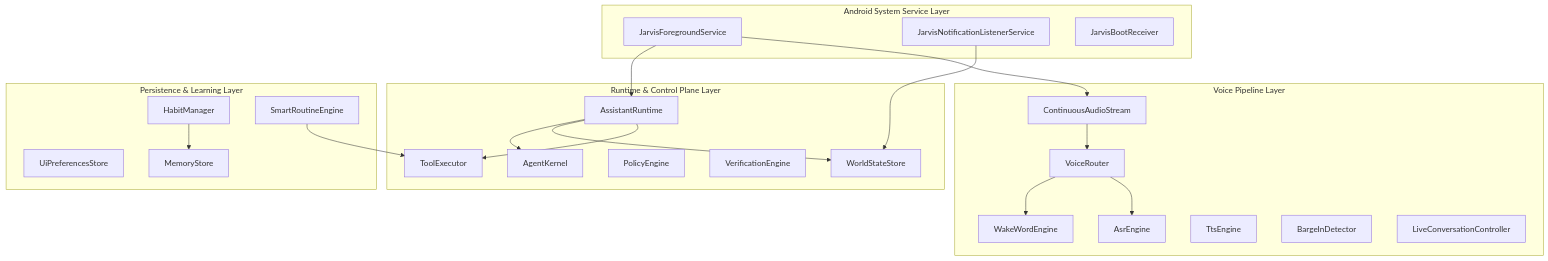
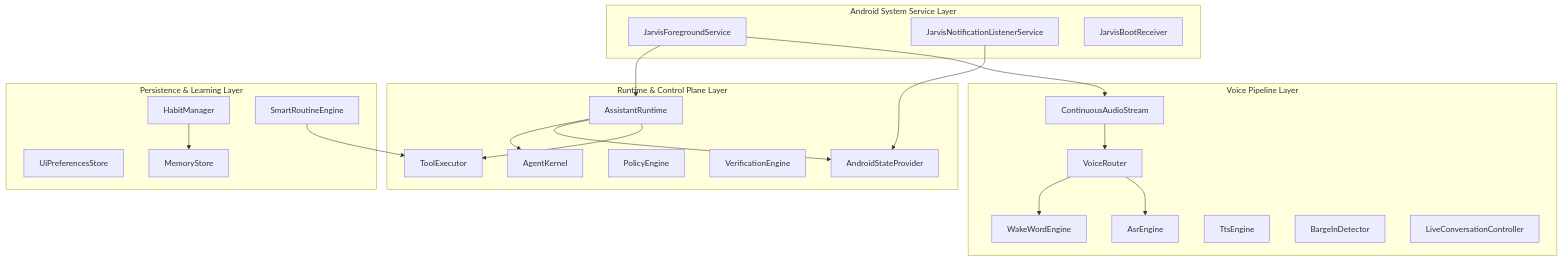
One commit to Minaty001/android-jarvis changed the diagram in docs/ARCHITECTURE.md. Above: the diagram before and after it, drawn with Mermaid. The commit also changed other lines of this file and 3 other files, not shown here.

````diff
--- a/docs/ARCHITECTURE.md
+++ b/docs/ARCHITECTURE.md
@@ -7,46 +7,46 @@
 ```mermaid
 flowchart TD
     subgraph Android System Service Layer
         FS[JarvisForegroundService]
         NLS[JarvisNotificationListenerService]
         BR[JarvisBootReceiver]
     end
 
     subgraph Voice Pipeline Layer
         CAS[ContinuousAudioStream]
         VR[VoiceRouter]
         WWE[WakeWordEngine]
         ASR[AsrEngine]
         TTS[TtsEngine]
         BID[BargeInDetector]
         LCC[LiveConversationController]
     end
 
     subgraph Runtime & Control Plane Layer
         AR[AssistantRuntime]
         AK[AgentKernel]
-        WS[WorldStateStore]
+        WS[AndroidStateProvider]
         PE[PolicyEngine]
         VE[VerificationEngine]
         TE[ToolExecutor]
     end
 
     subgraph Persistence & Learning Layer
         PS[UiPreferencesStore]
         MS[MemoryStore]
         HM[HabitManager]
         SRE[SmartRoutineEngine]
     end
 
     FS --> AR
     FS --> CAS
     CAS --> VR
     VR --> WWE
     VR --> ASR
     AR --> AK
     AR --> WS
     AR --> TE
     NLS --> WS
     HM --> MS
     SRE --> TE
 ```
````
